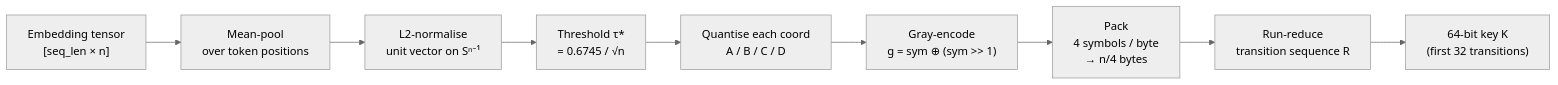
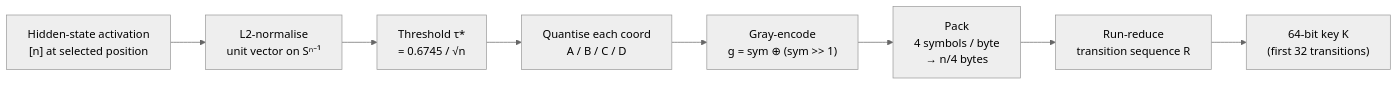
Before and after one commit to devlux76/q2: the diagram in README.md, drawn with Mermaid (neutral theme). The commit also changed other lines of this file and 2 other files, not shown here.

First line of the commit message:
docs: remove mean-pooling; argue it increases noise and lowers signal

````diff
--- a/README.md
+++ b/README.md
@@ -41,11 +40,10 @@
 ```mermaid
 flowchart LR
-    A["Embedding tensor\n[seq_len × n]"] --> B["Mean-pool\nover token positions"]
-    B --> C["L2-normalise\nunit vector on Sⁿ⁻¹"]
-    C --> D["Threshold τ*\n= 0.6745 / √n"]
-    D --> E["Quantise each coord\nA / B / C / D"]
-    E --> F["Gray-encode\ng = sym ⊕ (sym >> 1)"]
-    F --> G["Pack\n4 symbols / byte\n→ n/4 bytes"]
-    G --> H["Run-reduce\ntransition sequence R"]
-    H --> I["64-bit key K\n(first 32 transitions)"]
+    A["Hidden-state activation\n[n] at selected position"] --> B["L2-normalise\nunit vector on Sⁿ⁻¹"]
+    B --> C["Threshold τ*\n= 0.6745 / √n"]
+    C --> D["Quantise each coord\nA / B / C / D"]
+    D --> E["Gray-encode\ng = sym ⊕ (sym >> 1)"]
+    E --> F["Pack\n4 symbols / byte\n→ n/4 bytes"]
+    F --> G["Run-reduce\ntransition sequence R"]
+    G --> H["64-bit key K\n(first 32 transitions)"]
 ```
````
